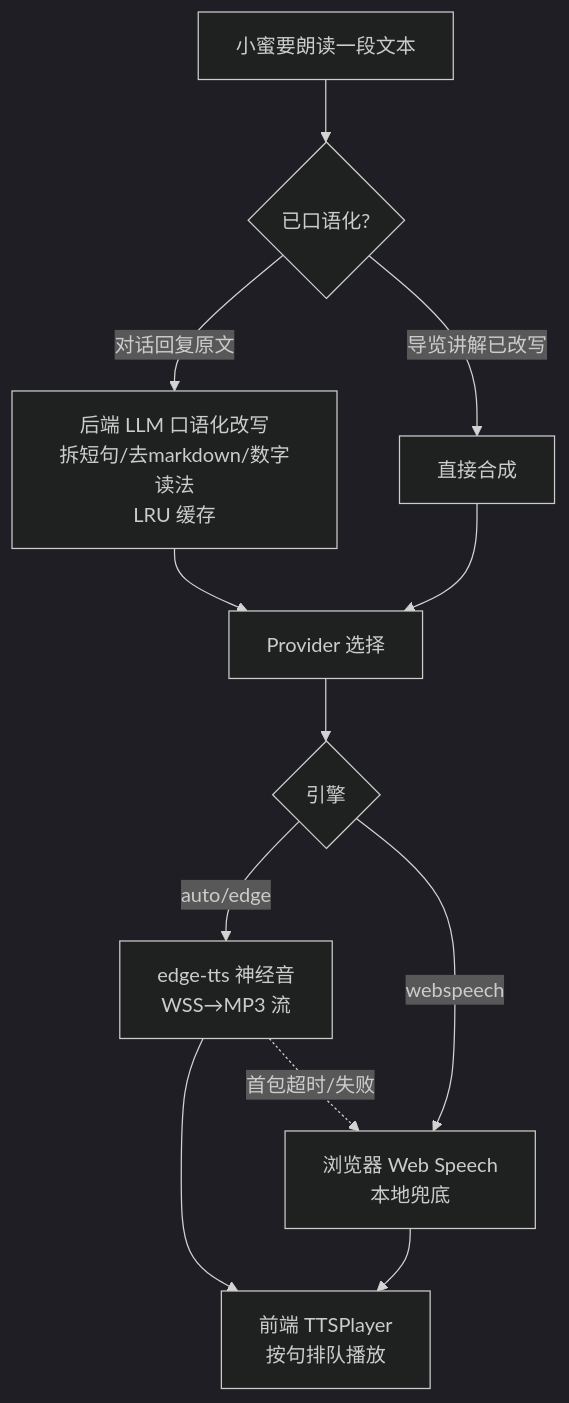
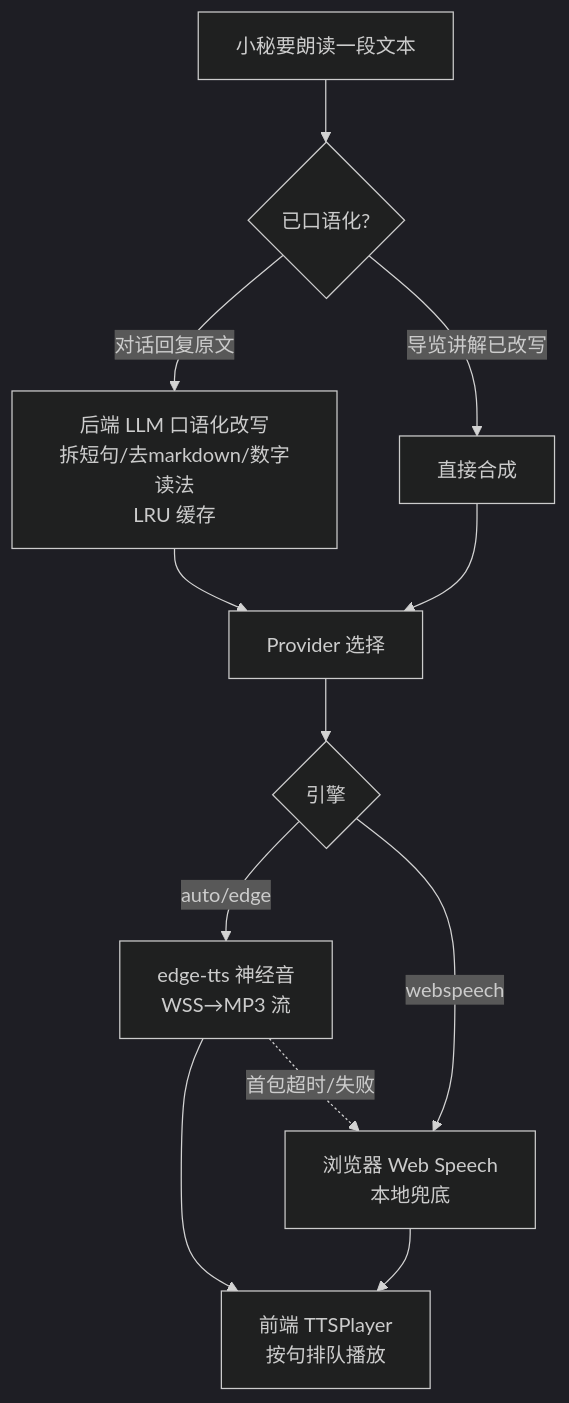
Before and after one commit to skyelan1999/aide: the fourth of 8 diagrams in docs/user-guide.md, drawn with Mermaid (dark theme). The commit also changed other lines of this file and 48 other files, not shown here.

````diff
--- a/docs/user-guide.md
+++ b/docs/user-guide.md
@@ -448,14 +450,14 @@
 ```mermaid
 flowchart TD
-    A[小蜜要朗读一段文本] --> B{已口语化?}
+    A[小秘要朗读一段文本] --> B{已口语化?}
     B -- 对话回复原文 --> C[后端 LLM 口语化改写<br/>拆短句/去markdown/数字读法<br/>LRU 缓存]
     B -- 导览讲解已改写 --> D[直接合成]
     C --> E[Provider 选择]
     D --> E
     E --> F{引擎}
     F -- auto/edge --> G[edge-tts 神经音<br/>WSS→MP3 流]
     F -- webspeech --> H[浏览器 Web Speech<br/>本地兜底]
     G --> I[前端 TTSPlayer<br/>按句排队播放]
     H --> I
     G -.首包超时/失败.-> H
 ```
````
